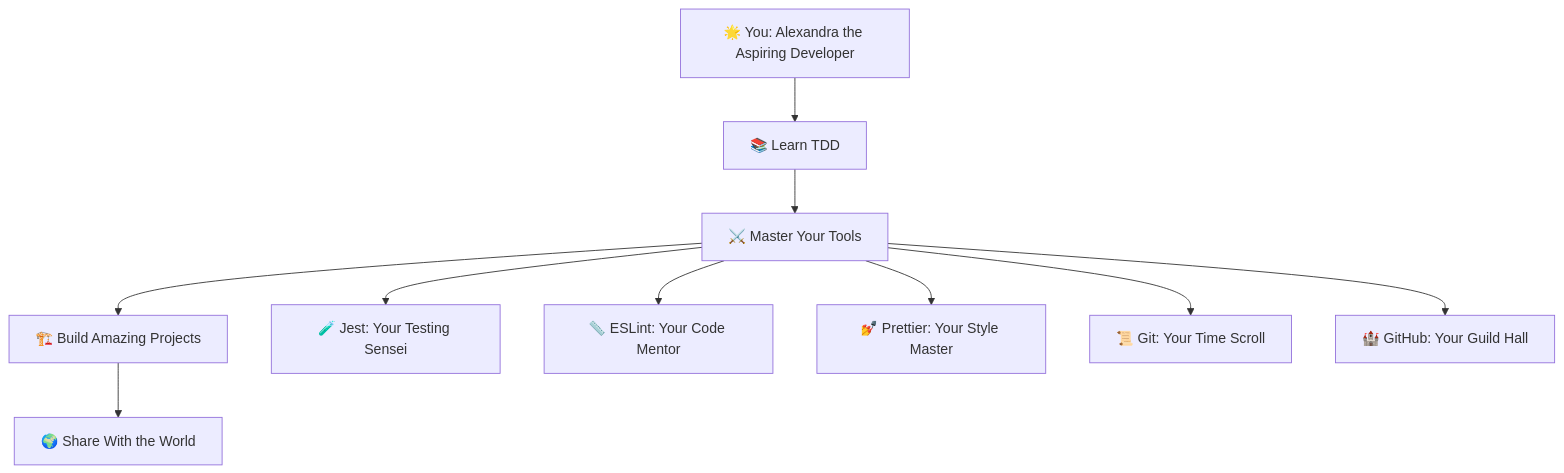
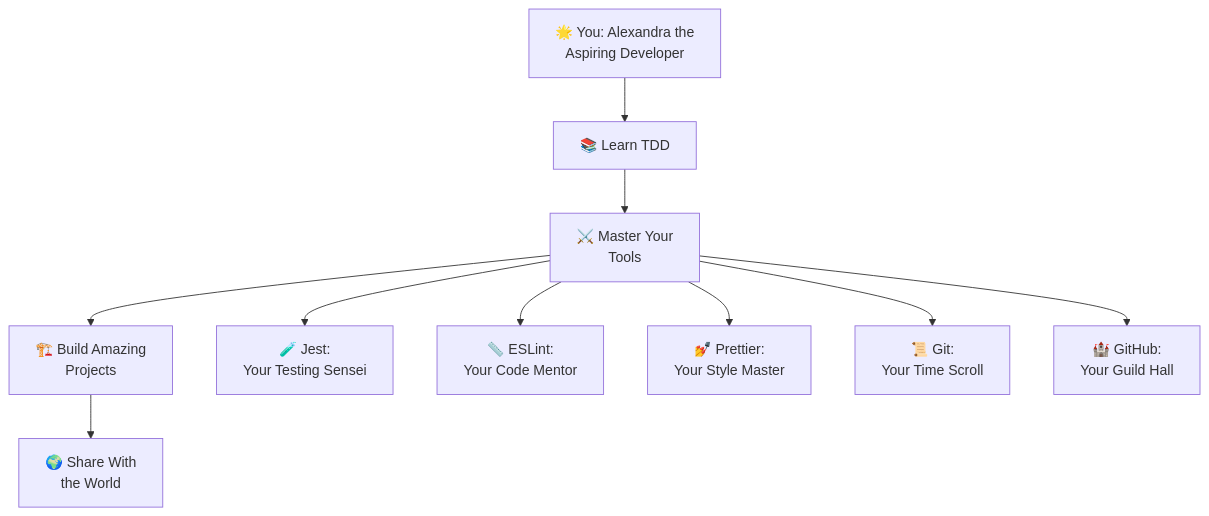
One commit to j4yh3m/alexandra-fizzbuzz-js changed the first of 12 diagrams in docs/TOOLS_GLOSSARY.md. Above: the diagram before and after it, drawn with Mermaid. The commit also changed other lines of this file and 2 other files, not shown here.

First line of the commit message:
fix: improve Mermaid diagram readability with better text wrapping

````diff
--- a/docs/TOOLS_GLOSSARY.md
+++ b/docs/TOOLS_GLOSSARY.md
@@ -9,13 +9,13 @@
 ```mermaid
 graph TD
-    A[🌟 You: Alexandra the Aspiring Developer] --> B[📚 Learn TDD]
-    B --> C[⚔️ Master Your Tools]
-    C --> D[🏗️ Build Amazing Projects]
-    D --> E[🌍 Share With the World]
+    A[🌟 You: Alexandra the<br/>Aspiring Developer] --> B[📚 Learn TDD]
+    B --> C[⚔️ Master Your<br/>Tools]
+    C --> D[🏗️ Build Amazing<br/>Projects]
+    D --> E[🌍 Share With<br/>the World]
     
-    C --> F[🧪 Jest: Your Testing Sensei]
-    C --> G[📏 ESLint: Your Code Mentor]
-    C --> H[💅 Prettier: Your Style Master]
-    C --> I[📜 Git: Your Time Scroll]
-    C --> J[🏰 GitHub: Your Guild Hall]
+    C --> F[🧪 Jest:<br/>Your Testing Sensei]
+    C --> G[📏 ESLint:<br/>Your Code Mentor]
+    C --> H[💅 Prettier:<br/>Your Style Master]
+    C --> I[📜 Git:<br/>Your Time Scroll]
+    C --> J[🏰 GitHub:<br/>Your Guild Hall]
 ```
````
